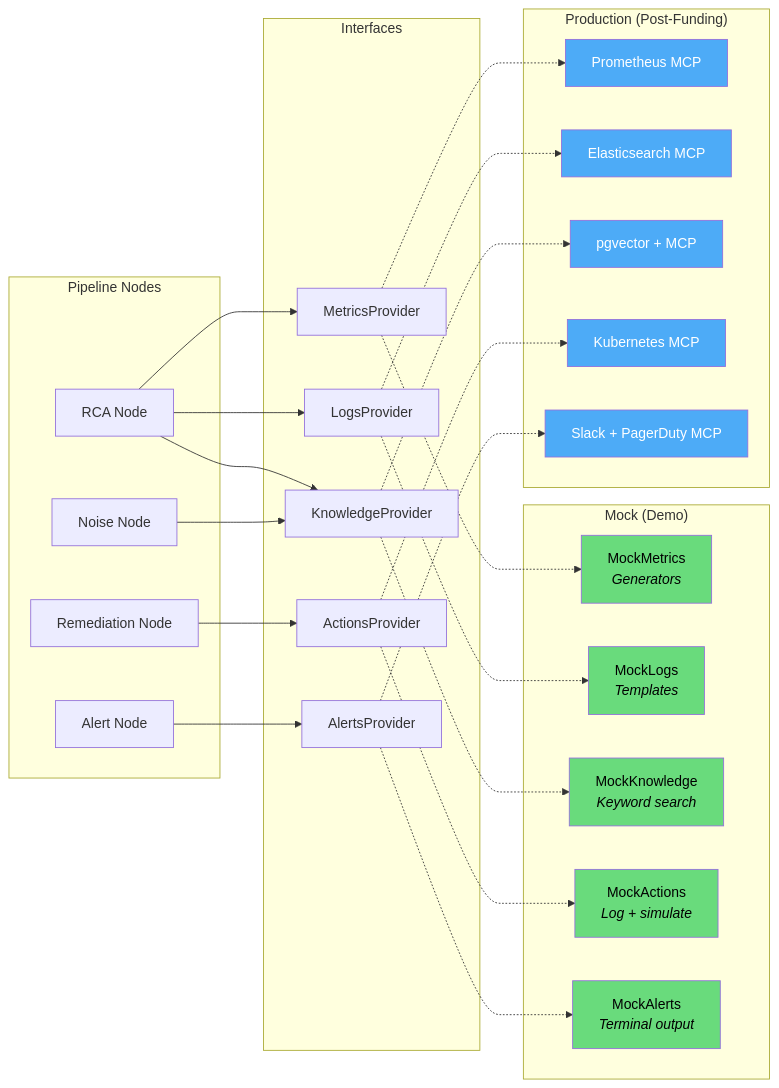
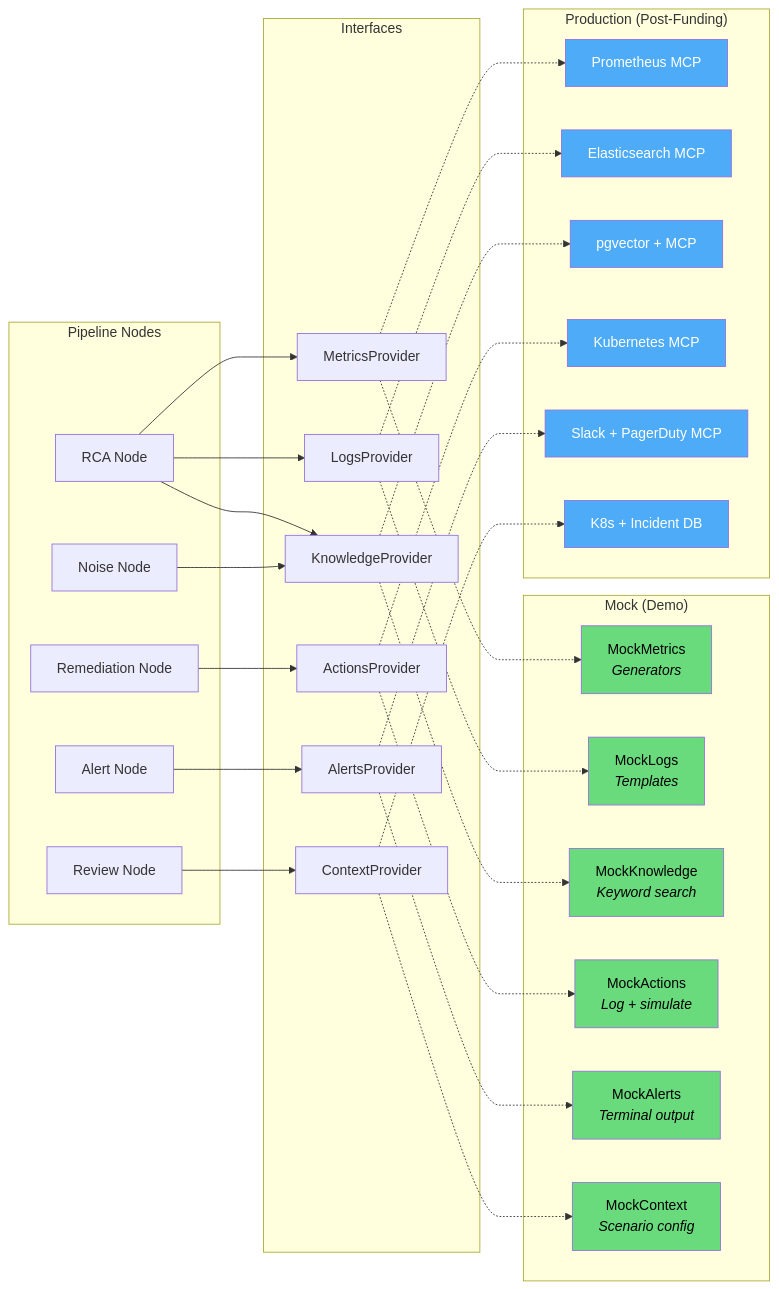
Before and after one commit to SreeGD/reflex: the second of 8 diagrams in README.md, drawn with Mermaid. The commit also changed other lines of this file and 14 other files, not shown here.

````diff
--- a/README.md
+++ b/README.md
@@ -143,61 +148,70 @@
 ```mermaid
 graph LR
     subgraph Pipeline Nodes
         N1[RCA Node]
         N2[Noise Node]
+        N5[Review Node]
         N3[Remediation Node]
         N4[Alert Node]
     end
 
     subgraph Interfaces
         P1[MetricsProvider]
         P2[LogsProvider]
         P3[KnowledgeProvider]
         P4[ActionsProvider]
         P5[AlertsProvider]
+        P6[ContextProvider]
     end
 
     N1 --> P1 & P2 & P3
     N2 --> P3
+    N5 --> P6
     N3 --> P4
     N4 --> P5
 
     subgraph "Mock (Demo)"
         M1[MockMetrics<br/><i>Generators</i>]
         M2[MockLogs<br/><i>Templates</i>]
         M3[MockKnowledge<br/><i>Keyword search</i>]
         M4[MockActions<br/><i>Log + simulate</i>]
         M5[MockAlerts<br/><i>Terminal output</i>]
+        M6[MockContext<br/><i>Scenario config</i>]
     end
 
     subgraph "Production (Post-Funding)"
         R1[Prometheus MCP]
         R2[Elasticsearch MCP]
         R3[pgvector + MCP]
         R4[Kubernetes MCP]
         R5[Slack + PagerDuty MCP]
+        R6[K8s + Incident DB]
     end
 
     P1 -.-> M1
     P2 -.-> M2
     P3 -.-> M3
     P4 -.-> M4
     P5 -.-> M5
+    P6 -.-> M6
 
     P1 -.-> R1
     P2 -.-> R2
     P3 -.-> R3
     P4 -.-> R4
     P5 -.-> R5
+    P6 -.-> R6
 
     style M1 fill:#69DB7C,color:#000
     style M2 fill:#69DB7C,color:#000
     style M3 fill:#69DB7C,color:#000
     style M4 fill:#69DB7C,color:#000
     style M5 fill:#69DB7C,color:#000
+    style M6 fill:#69DB7C,color:#000
     style R1 fill:#4DABF7,color:#fff
     style R2 fill:#4DABF7,color:#fff
     style R3 fill:#4DABF7,color:#fff
     style R4 fill:#4DABF7,color:#fff
     style R5 fill:#4DABF7,color:#fff
+    style R6 fill:#4DABF7,color:#fff
 ```
````
